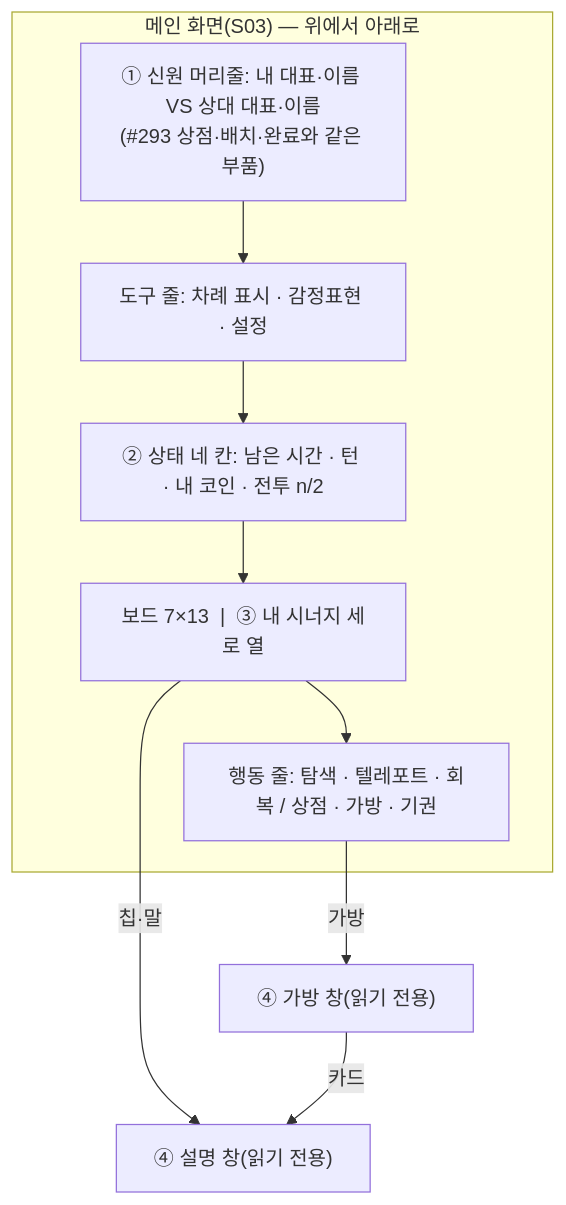
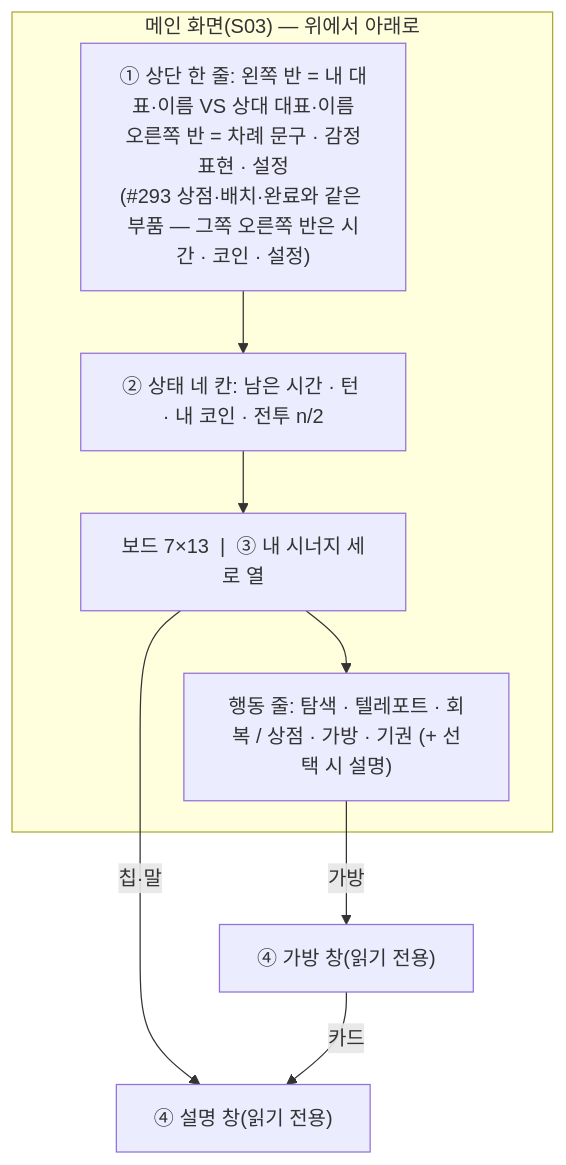
Before and after one commit to ChangjoSung/Digit-Duel: the first of 2 diagrams in docs/milestone/v0.4.13/issues/294/Venus/implementation-contract.md, drawn with Mermaid. The commit also changed other lines of this file and 59 other files, not shown here.

````diff
--- a/docs/milestone/v0.4.13/issues/294/Venus/implementation-contract.md
+++ b/docs/milestone/v0.4.13/issues/294/Venus/implementation-contract.md
@@ -14,14 +15,13 @@
 ```mermaid
 flowchart TB
   subgraph 화면["메인 화면(S03) — 위에서 아래로"]
-    A["① 신원 머리줄: 내 대표·이름 VS 상대 대표·이름<br>(#293 상점·배치·완료와 같은 부품)"]
-    B["도구 줄: 차례 표시 · 감정표현 · 설정"]
+    A["① 상단 한 줄: 왼쪽 반 = 내 대표·이름 VS 상대 대표·이름<br>오른쪽 반 = 차례 문구 · 감정표현 · 설정<br>(#293 상점·배치·완료와 같은 부품 — 그쪽 오른쪽 반은 시간 · 코인 · 설정)"]
     C["② 상태 네 칸: 남은 시간 · 턴 · 내 코인 · 전투 n/2"]
     D["보드 7×13  |  ③ 내 시너지 세로 열"]
-    E["행동 줄: 탐색 · 텔레포트 · 회복 / 상점 · 가방 · 기권"]
+    E["행동 줄: 탐색 · 텔레포트 · 회복 / 상점 · 가방 · 기권 (+ 선택 시 설명)"]
   end
-  A --> B --> C --> D --> E
+  A --> C --> D --> E
   E -->|가방| F["④ 가방 창(읽기 전용)"]
   D -->|칩·말| G["④ 설명 창(읽기 전용)"]
   F -->|카드| G
 ```
````
